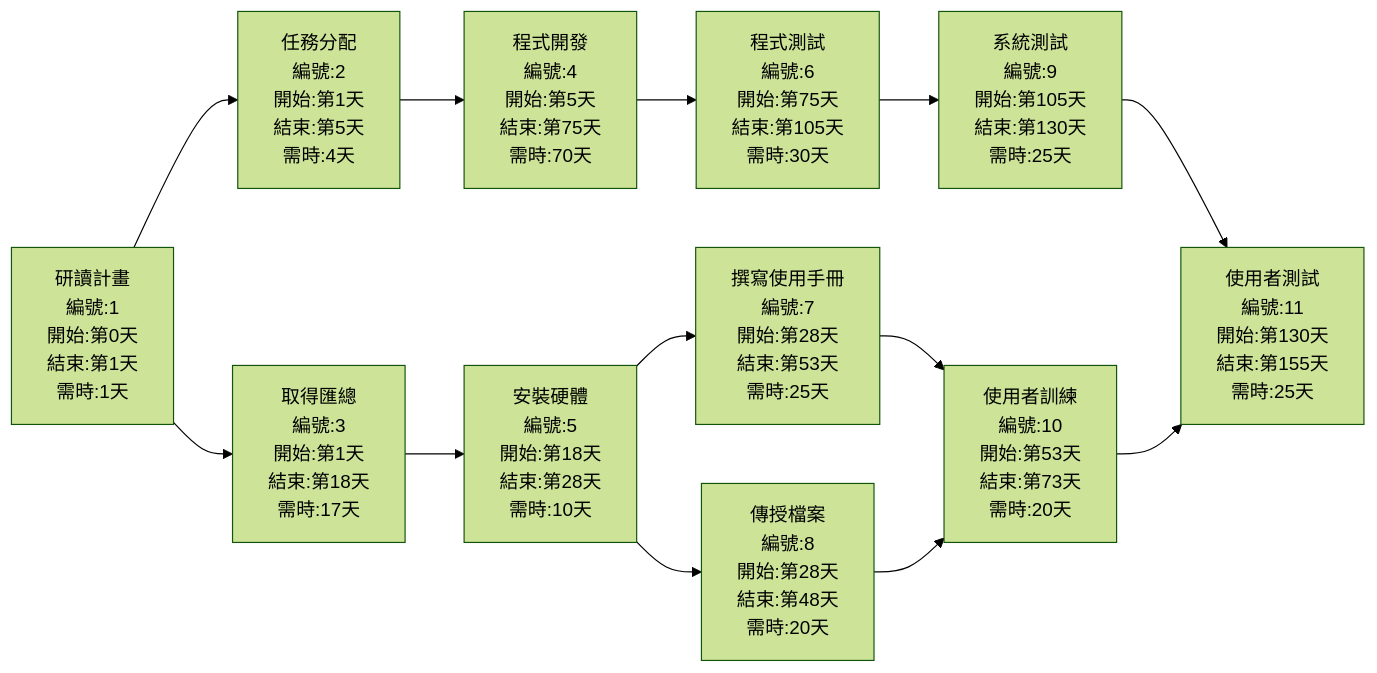
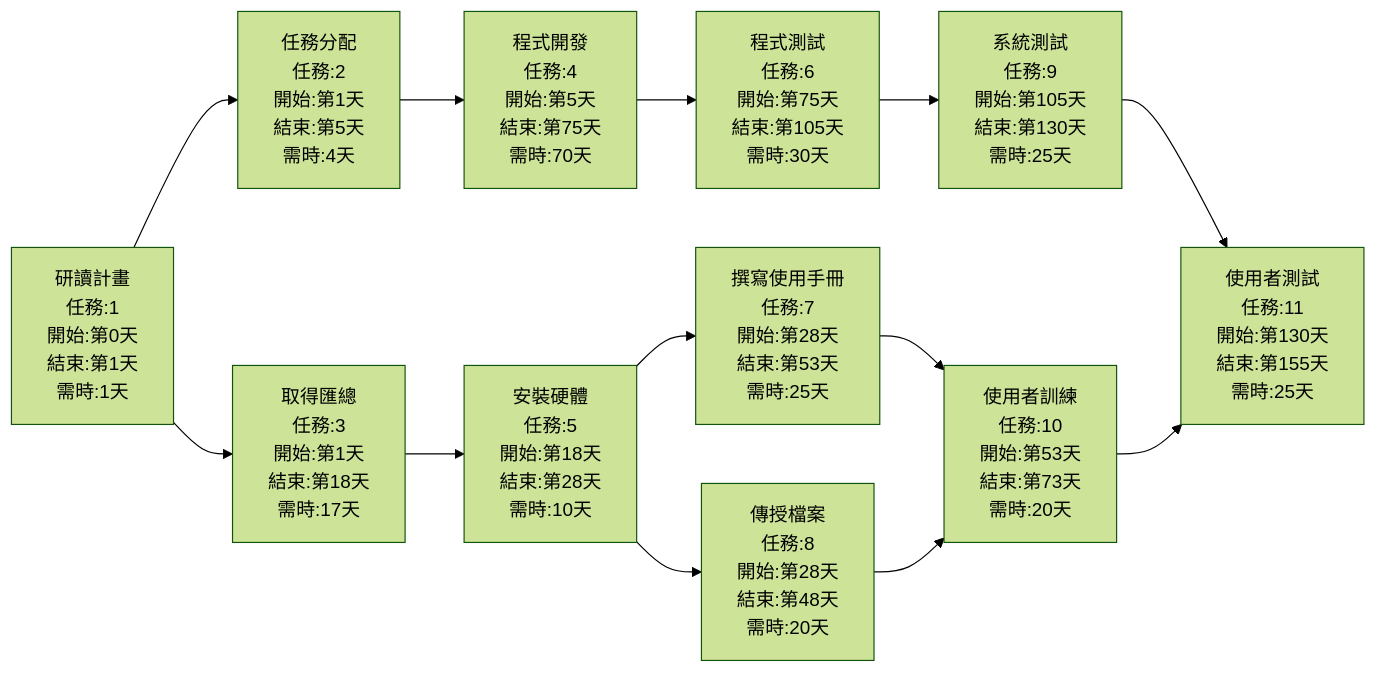
The second of 2 diagrams in hw2.md (DeGUAouo/114-1a), drawn with Mermaid (forest theme) before and after one commit.

````diff
--- a/hw2.md
+++ b/hw2.md
@@ -23,28 +23,28 @@
 ```mermaid
 graph LR
-    no1["研讀計畫<br>編號:1<br>開始:第0天<br>結束:第1天<br>需時:1天"]
-    no2["任務分配<br>編號:2<br>開始:第1天<br>結束:第5天<br>需時:4天"]
-    no3["取得匯總<br>編號:3<br>開始:第1天<br>結束:第18天<br>需時:17天"]
-    no4["程式開發<br>編號:4<br>開始:第5天<br>結束:第75天<br>需時:70天"]
-    no5["安裝硬體<br>編號:5<br>開始:第18天<br>結束:第28天<br>需時:10天"]
-    no6["程式測試<br>編號:6<br>開始:第75天<br>結束:第105天<br>需時:30天"]
-    no7["撰寫使用手冊<br>編號:7<br>開始:第28天<br>結束:第53天<br>需時:25天"]
-    no8["傳授檔案<br>編號:8<br>開始:第28天<br>結束:第48天<br>需時:20天"]
-    no9["系統測試<br>編號:9<br>開始:第105天<br>結束:第130天<br>需時:25天"]
-    no10["使用者訓練<br>編號:10<br>開始:第53天<br>結束:第73天<br>需時:20天"]
-    no11["使用者測試<br>編號:11<br>開始:第130天<br>結束:第155天<br>需時:25天"]
+    no1["研讀計畫<br>任務:1<br>開始:第0天<br>結束:第1天<br>需時:1天"]
+    no2["任務分配<br>任務:2<br>開始:第1天<br>結束:第5天<br>需時:4天"]
+    no3["取得匯總<br>任務:3<br>開始:第1天<br>結束:第18天<br>需時:17天"]
+    no4["程式開發<br>任務:4<br>開始:第5天<br>結束:第75天<br>需時:70天"]
+    no5["安裝硬體<br>任務:5<br>開始:第18天<br>結束:第28天<br>需時:10天"]
+    no6["程式測試<br>任務:6<br>開始:第75天<br>結束:第105天<br>需時:30天"]
+    no7["撰寫使用手冊<br>任務:7<br>開始:第28天<br>結束:第53天<br>需時:25天"]
+    no8["傳授檔案<br>任務:8<br>開始:第28天<br>結束:第48天<br>需時:20天"]
+    no9["系統測試<br>任務:9<br>開始:第105天<br>結束:第130天<br>需時:25天"]
+    no10["使用者訓練<br>任務:10<br>開始:第53天<br>結束:第73天<br>需時:20天"]
+    no11["使用者測試<br>任務:11<br>開始:第130天<br>結束:第155天<br>需時:25天"]
 
     no1 --> no2
     no1 --> no3
     no2 --> no4
     no3 --> no5
     no4 --> no6
     no5 --> no7
     no5 --> no8
     no6 --> no9
     no7 --> no10
     no8 --> no10
     no9 --> no11
     no10 --> no11
 
 ```
````
